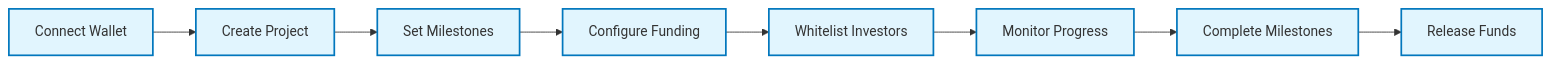
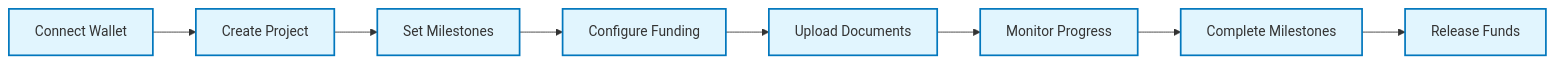
One commit to onecosmik/money-mule changed the second of 3 diagrams in README.md. Above: the diagram before and after it, drawn with Mermaid. The commit also changed other lines of this file, not shown here.

````diff
--- a/README.md
+++ b/README.md
@@ -242,13 +242,13 @@
 ```mermaid
 graph LR
     A[Connect Wallet] --> B[Create Project]
     B --> C[Set Milestones]
     C --> D[Configure Funding]
-    D --> E[Whitelist Investors]
+    D --> E[Upload Documents]
     E --> F[Monitor Progress]
     F --> G[Complete Milestones]
     G --> H[Release Funds]
 
     classDef founder fill:#e1f5fe,stroke:#0277bd,stroke-width:2px
     class A,B,C,D,E,F,G,H founder
 ```
````
